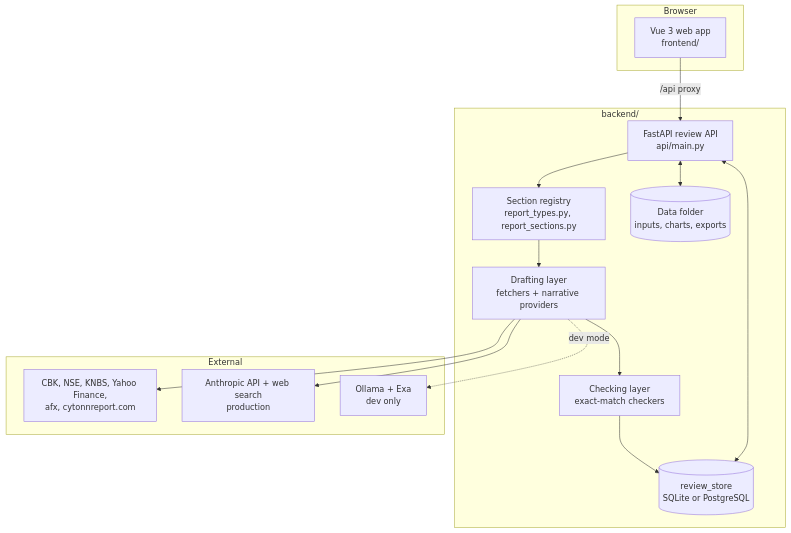
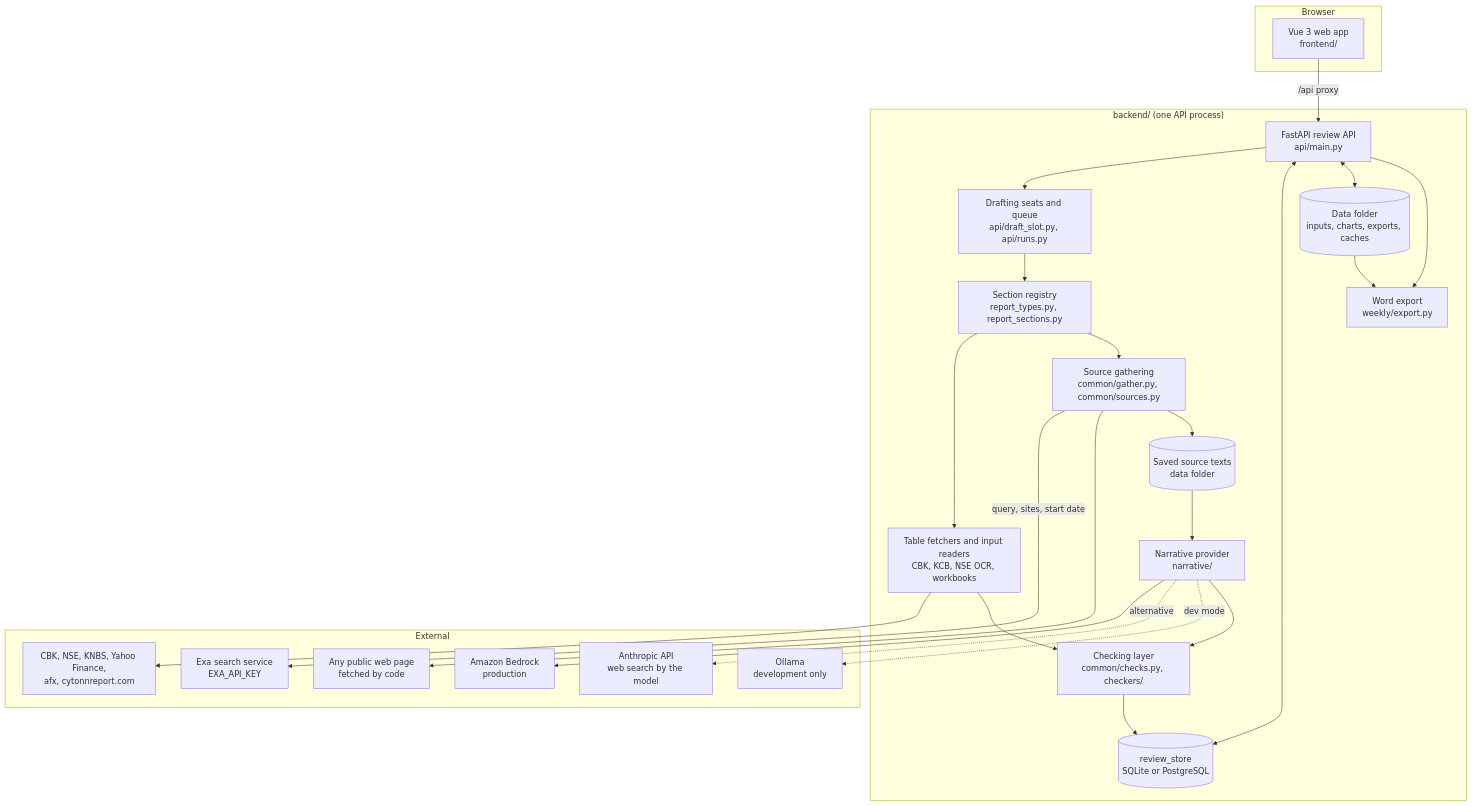
The second of 2 diagrams in README.md (clivemisiko/Cytonn_Weekly), drawn with Mermaid before and after one commit. The commit also changed other lines of this file, not shown here.

First line of the commit message:
Update README to match the current repo

````diff
--- a/README.md
+++ b/README.md
@@ -28,27 +37,45 @@
 ```mermaid
 flowchart TB
     subgraph Browser
-        UI[Vue 3 web app<br/>frontend/]
+        UI["Vue 3 web app<br/>frontend/"]
     end
-    subgraph Backend[backend/]
-        API[FastAPI review API<br/>api/main.py]
-        REG[Section registry<br/>report_types.py, report_sections.py]
-        DRAFT[Drafting layer<br/>fetchers + narrative providers]
-        CHECK[Checking layer<br/>exact-match checkers]
-        STORE[(review_store<br/>SQLite or PostgreSQL)]
-        FILES[(Data folder<br/>inputs, charts, exports)]
+    subgraph Backend["backend/ (one API process)"]
+        API["FastAPI review API<br/>api/main.py"]
+        Q["Drafting seats and queue<br/>api/draft_slot.py, api/runs.py"]
+        REG["Section registry<br/>report_types.py, report_sections.py"]
+        FETCH["Table fetchers and input readers<br/>CBK, KCB, NSE OCR, workbooks"]
+        GATHER["Source gathering<br/>common/gather.py, common/sources.py"]
+        SRC[("Saved source texts<br/>data folder")]
+        PROV["Narrative provider<br/>narrative/"]
+        CHECK["Checking layer<br/>common/checks.py, checkers/"]
+        STORE[("review_store<br/>SQLite or PostgreSQL")]
+        FILES[("Data folder<br/>inputs, charts, exports, caches")]
+        DOCX["Word export<br/>weekly/export.py"]
     end
     subgraph External
-        PUB[CBK, NSE, KNBS, Yahoo Finance,<br/>afx, cytonnreport.com]
-        LLM[Anthropic API + web search<br/>production]
-        DEV[Ollama + Exa<br/>dev only]
+        PUB["CBK, NSE, KNBS, Yahoo Finance,<br/>afx, cytonnreport.com"]
+        EXA["Exa search service<br/>EXA_API_KEY"]
+        SITES["Any public web page<br/>fetched by code"]
+        BR["Amazon Bedrock<br/>production"]
+        AN["Anthropic API<br/>web search by the model"]
+        OL["Ollama<br/>development only"]
     end
-    UI -->|/api proxy| API
-    API --> REG --> DRAFT
-    DRAFT --> PUB
-    DRAFT --> LLM
-    DRAFT -.dev mode.-> DEV
-    DRAFT --> CHECK --> STORE
+    UI -->|"/api proxy"| API
+    API --> Q --> REG
+    REG --> FETCH --> PUB
+    REG --> GATHER
+    GATHER -->|"query, sites, start date"| EXA
+    GATHER --> SITES
+    GATHER --> SRC
+    SRC --> PROV
+    PROV --> BR
+    PROV -.alternative.-> AN
+    PROV -.dev mode.-> OL
+    FETCH --> CHECK
+    PROV --> CHECK
+    CHECK --> STORE
     API <--> STORE
     API <--> FILES
+    API --> DOCX
+    FILES --> DOCX
 ```
````
